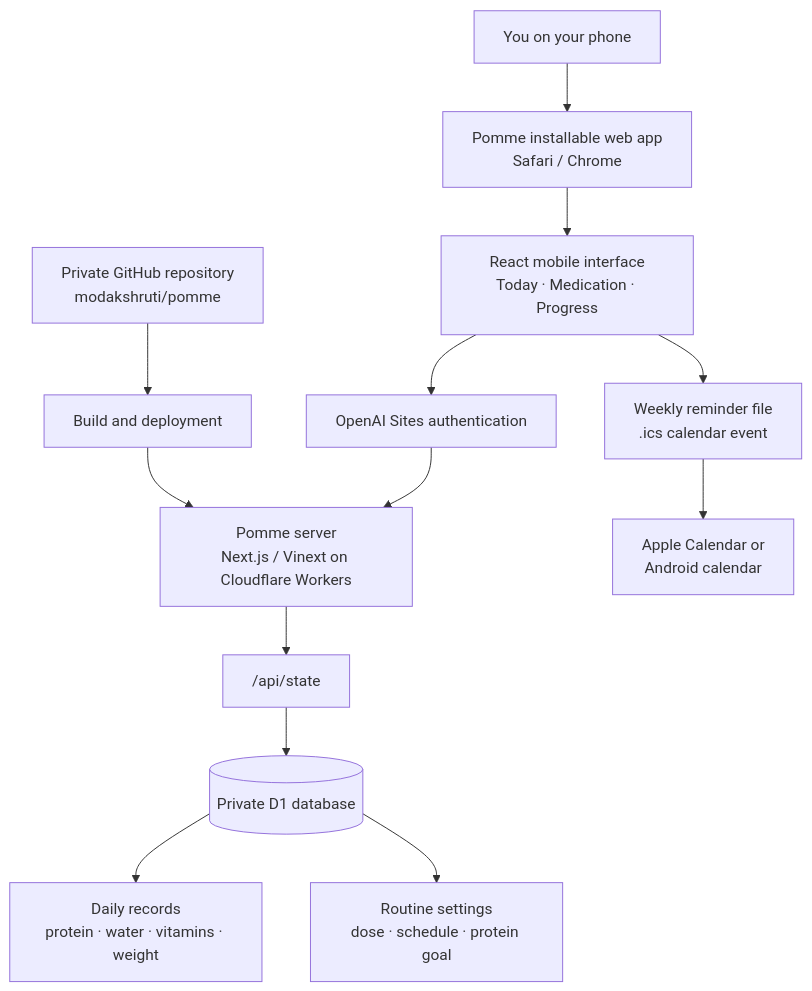
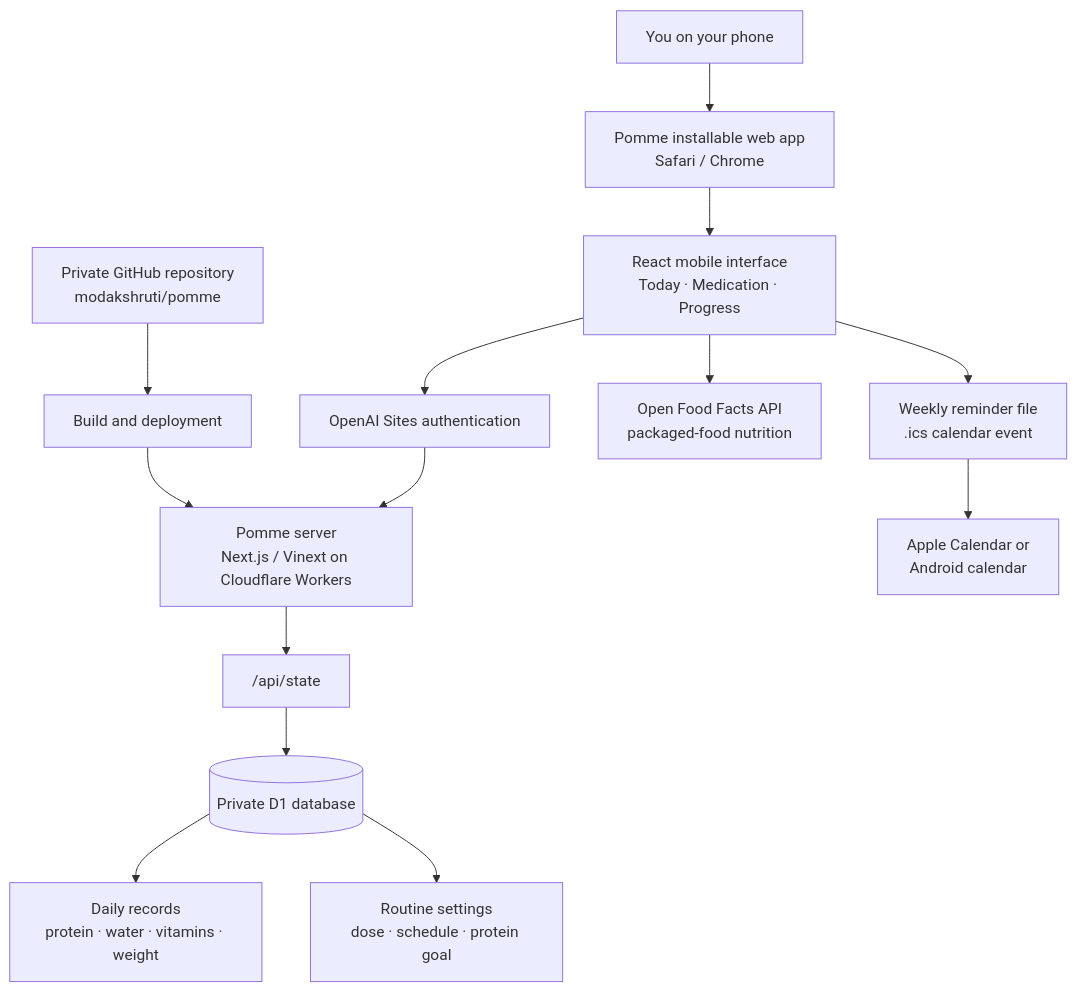
One commit to modakshruti/pomme changed the first of 2 diagrams in README.md. Above: the diagram before and after it, drawn with Mermaid. The commit also changed other lines of this file and 1 other file, not shown here.

Commit message:
Restore Open Food Facts lookup

````diff
--- a/README.md
+++ b/README.md
@@ -22,20 +23,21 @@
 ```mermaid
 flowchart TD
     U["You on your phone"] --> PWA["Pomme installable web app<br/>Safari / Chrome"]
     PWA --> UI["React mobile interface<br/>Today · Medication · Progress"]
 
     UI --> AUTH["OpenAI Sites authentication"]
     AUTH --> API["Pomme server<br/>Next.js / Vinext on Cloudflare Workers"]
 
     API --> STATE["/api/state"]
     STATE --> DB[("Private D1 database")]
 
     UI --> CAL["Weekly reminder file<br/>.ics calendar event"]
     CAL --> PHONE["Apple Calendar or<br/>Android calendar"]
+    UI --> OFF["Open Food Facts API<br/>packaged-food nutrition"]
 
     DB --> DAILY["Daily records<br/>protein · water · vitamins · weight"]
     DB --> SETTINGS["Routine settings<br/>dose · schedule · protein goal"]
 
     GH["Private GitHub repository<br/>modakshruti/pomme"] --> BUILD["Build and deployment"]
     BUILD --> API
 ```
````
